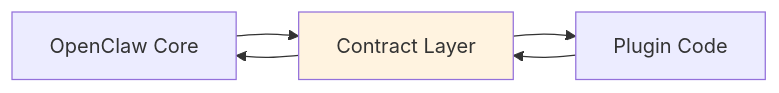
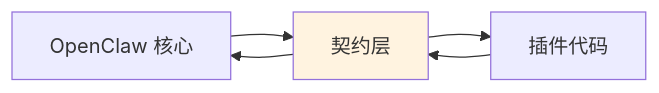
One commit to a576378368/openclaw_docs changed the first of 2 diagrams in docs/zh/architecture-book/part-3-plugin-system/03-plugin-contracts.md. Above: the diagram before and after it, drawn with Mermaid. The commit also changed other lines of this file and 7 other files, not shown here.

````diff
--- a/docs/zh/architecture-book/part-3-plugin-system/03-plugin-contracts.md
+++ b/docs/zh/architecture-book/part-3-plugin-system/03-plugin-contracts.md
@@ -15,13 +15,13 @@
 ```mermaid
 flowchart LR
-    Core[OpenClaw Core]
-    Contract[Contract Layer]
-    Plugin[Plugin Code]
+    Core[OpenClaw 核心]
+    Contract[契约层]
+    Plugin[插件代码]
 
     Core --> Contract
     Contract --> Plugin
     Plugin --> Contract
     Contract --> Core
 
     style Contract fill:#fff3e0
 ```
````
